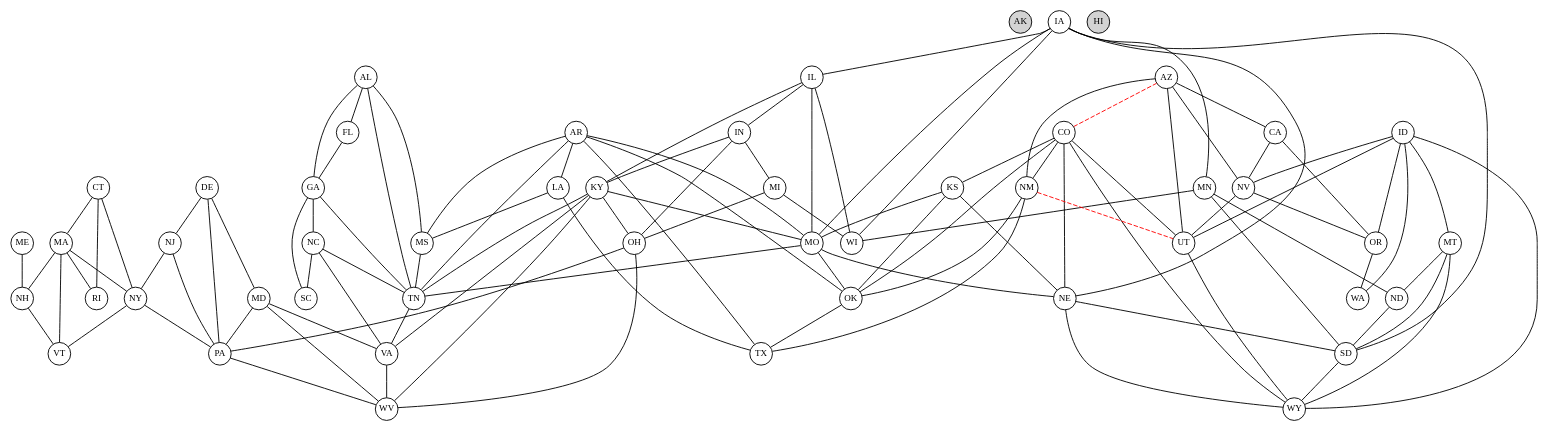
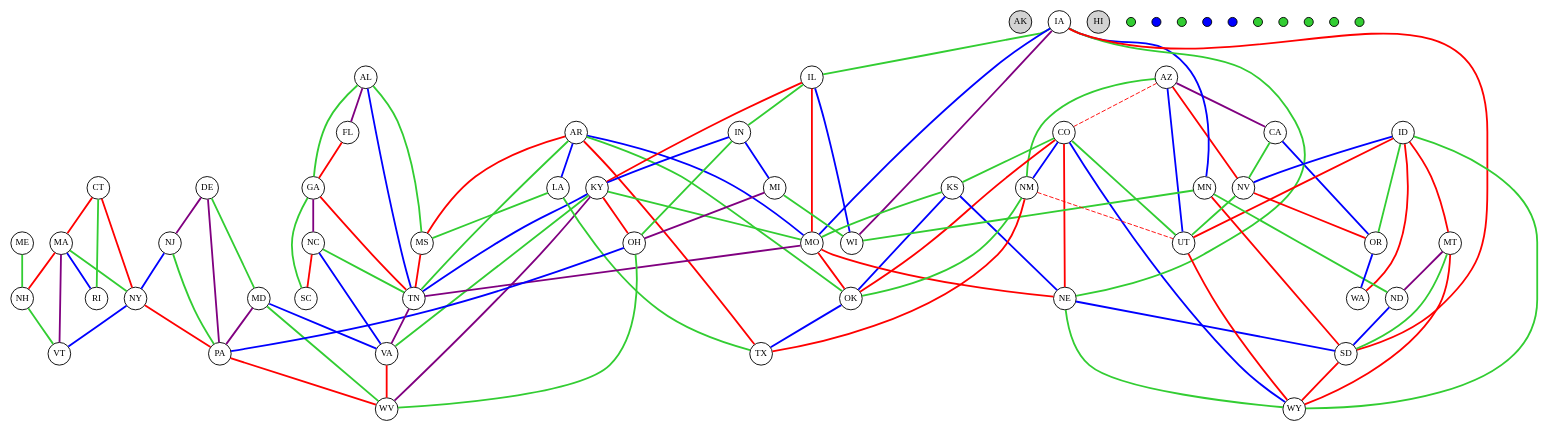
The diagram in states_planned.dot (jaycoskey/DataVisualization), drawn with Graphviz before and after one commit. The commit also changed 9 other files, not shown here.

```diff
--- a/states_planned.dot
+++ b/states_planned.dot
@@ -1,166 +1,178 @@
 strict graph States {
     node [fixedsize=true fontsize=10 height=0.35 width=0.35]
     overlap=false
     penwidth=7
 
     AK [pos="0.0,50.0" style=filled fillcolor=lightgray]
     AL [pos="350.0,50.0"]
     AR [pos="250.0,100.0"]
     AZ [pos="100.0,100.0"]
     CA [pos="0.0,150.0"]
     CO [pos="150.0,150.0"]
     CT [pos="500.0,250.0"]
     DE [pos="550.0,200.0"]
     FL [pos="450.0,0.0"]
     GA [pos="400.0,50.0"]
     HI [pos="100.0,50.0" style=filled fillcolor=lightgray]
     IA [pos="250.0,200.0"]
     ID [pos="50.0,200.0"]
     IL [pos="300.0,200.0"]
     IN [pos="350.0,200.0"]
     KS [pos="200.0,150.0"]
     KY [pos="350.0,150.0"]
     LA [pos="250.0,50.0"]
     MA [pos="550.0,300.0"]
     MD [pos="500.0,200.0"]
     ME [pos="550.0,350.0"]
     MI [pos="350.0,300.0"]
     MN [pos="250.0,300.0"]
     MO [pos="250.0,150.0"]
     MS [pos="300.0,50.0"]
     MT [pos="100.0,250.0"]
     NC [pos="500.0,100.0"]
     ND [pos="200.0,300.0"]
     NE [pos="200.0,200.0"]
     NH [pos="500.0,350.0"]
     NJ [pos="450.0,250.0"]
     NM [pos="150.0,100.0"]
     NV [pos="50.0,150.0"]
     NY [pos="450.0,300.0"]
     OH [pos="400.0,200.0"]
     OK [pos="200.0,100.0"]
     OR [pos="0.0,200.0"]
     PA [pos="400.0,250.0"]
     RI [pos="550.0,250.0"]
     SC [pos="450.0,50.0"]
     SD [pos="200.0,250.0"]
     TN [pos="350.0,100.0"]
     TX [pos="200.0,50.0"]
     UT [pos="100.0,150.0"]
     VA [pos="500.0,150.0"]
     VT [pos="450.0,350.0"]
     WA [pos="0.0,250.0"]
     WI [pos="300.0,300.0"]
     WV [pos="450.0,200.0"]
     WY [pos="150.0,200.0"]
 
-    AL -- FL
-    AL -- GA
-    AL -- MS
-    AL -- TN
-    AR -- LA
-    AR -- MO
-    AR -- MS
-    AR -- OK
-    AR -- TN
-    AR -- TX
-    AZ -- CA
-    AZ -- NM
-    AZ -- NV
-    AZ -- UT
-    CA -- NV
-    CA -- OR
-    CO -- KS
-    CO -- NE
-    CO -- NM
-    CO -- OK
-    CO -- UT
-    CO -- WY
-    CT -- MA
-    CT -- NY
-    CT -- RI
-    DE -- MD
-    DE -- NJ
-    DE -- PA
-    FL -- GA
-    GA -- NC
-    GA -- SC
-    GA -- TN
-    IA -- IL
-    IA -- MN
-    IA -- MO
-    IA -- NE
-    IA -- SD
-    IA -- WI
-    ID -- MT
-    ID -- NV
-    ID -- OR
-    ID -- UT
-    ID -- WA
-    ID -- WY
-    IL -- IN
-    IL -- KY
-    IL -- MO
-    IL -- WI
-    IN -- KY
-    IN -- MI
-    IN -- OH
-    KS -- MO
-    KS -- NE
-    KS -- OK
-    KY -- MO
-    KY -- OH
-    KY -- TN
-    KY -- VA
-    KY -- WV
-    LA -- MS
-    LA -- TX
-    MA -- NH
-    MA -- NY
-    MA -- RI
-    MA -- VT
-    MD -- PA
-    MD -- VA
-    MD -- WV
-    ME -- NH
-    MI -- OH
-    MI -- WI
-    MN -- ND
-    MN -- SD
-    MN -- WI
-    MO -- NE
-    MO -- OK
-    MO -- TN
-    MS -- TN
-    MT -- ND
-    MT -- SD
-    MT -- WY
-    NC -- SC
-    NC -- TN
-    NC -- VA
-    ND -- SD
-    NE -- SD
-    NE -- WY
-    NH -- VT
-    NJ -- NY
-    NJ -- PA
-    NM -- OK
-    NM -- TX
-    NV -- OR
-    NV -- UT
-    NY -- PA
-    NY -- VT
-    OH -- PA
-    OH -- WV
-    OK -- TX
-    OR -- WA
-    PA -- WV
-    SD -- WY
-    TN -- VA
-    UT -- WY
-    VA -- WV
+    AL -- FL [style=bold color=purple]
+    AL -- GA [style=bold color=limegreen]
+    AL -- MS [style=bold color=limegreen]
+    AL -- TN [style=bold color=blue]
+    AR -- LA [style=bold color=blue]
+    AR -- MO [style=bold color=blue]
+    AR -- MS [style=bold color=red]
+    AR -- OK [style=bold color=limegreen]
+    AR -- TN [style=bold color=limegreen]
+        ARTN [pos="300,100" style=filled fillcolor=limegreen height=0.13999999999999999 width=0.13999999999999999 label=""]
+    AR -- TX [style=bold color=red]
+    AZ -- CA [style=bold color=purple]
+    AZ -- NM [style=bold color=limegreen]
+    AZ -- NV [style=bold color=red]
+    AZ -- UT [style=bold color=blue]
+    CA -- NV [style=bold color=limegreen]
+    CA -- OR [style=bold color=blue]
+    CO -- KS [style=bold color=limegreen]
+    CO -- NE [style=bold color=red]
+    CO -- NM [style=bold color=blue]
+    CO -- OK [style=bold color=red]
+    CO -- UT [style=bold color=limegreen]
+    CO -- WY [style=bold color=blue]
+    CT -- MA [style=bold color=red]
+    CT -- NY [style=bold color=red]
+    CT -- RI [style=bold color=limegreen]
+    DE -- MD [style=bold color=limegreen]
+    DE -- NJ [style=bold color=purple]
+    DE -- PA [style=bold color=purple]
+    FL -- GA [style=bold color=red]
+    GA -- NC [style=bold color=purple]
+    GA -- SC [style=bold color=limegreen]
+    GA -- TN [style=bold color=red]
+    IA -- IL [style=bold color=limegreen]
+    IA -- MN [style=bold color=blue]
+        IAMN [pos="250,250" style=filled fillcolor=blue height=0.13999999999999999 width=0.13999999999999999 label=""]
+    IA -- MO [style=bold color=blue]
+    IA -- NE [style=bold color=limegreen]
+    IA -- SD [style=bold color=red]
+    IA -- WI [style=bold color=purple]
+    ID -- MT [style=bold color=red]
+    ID -- NV [style=bold color=blue]
+    ID -- OR [style=bold color=limegreen]
+    ID -- UT [style=bold color=red]
+    ID -- WA [style=bold color=red]
+    ID -- WY [style=bold color=limegreen]
+        IDWY [pos="100,200" style=filled fillcolor=limegreen height=0.13999999999999999 width=0.13999999999999999 label=""]
+    IL -- IN [style=bold color=limegreen]
+    IL -- KY [style=bold color=red]
+    IL -- MO [style=bold color=red]
+    IL -- WI [style=bold color=blue]
+        ILWI [pos="300,250" style=filled fillcolor=blue height=0.13999999999999999 width=0.13999999999999999 label=""]
+    IN -- KY [style=bold color=blue]
+    IN -- MI [style=bold color=blue]
+        INMI [pos="350,250" style=filled fillcolor=blue height=0.13999999999999999 width=0.13999999999999999 label=""]
+    IN -- OH [style=bold color=limegreen]
+    KS -- MO [style=bold color=limegreen]
+    KS -- NE [style=bold color=blue]
+    KS -- OK [style=bold color=blue]
+    KY -- MO [style=bold color=limegreen]
+        KYMO [pos="300,150" style=filled fillcolor=limegreen height=0.13999999999999999 width=0.13999999999999999 label=""]
+    KY -- OH [style=bold color=red]
+    KY -- TN [style=bold color=blue]
+    KY -- VA [style=bold color=limegreen]
+        KYVA [pos="400,150" style=filled fillcolor=limegreen height=0.13999999999999999 width=0.13999999999999999 label=""]
+        KYVA [pos="450,150" style=filled fillcolor=limegreen height=0.13999999999999999 width=0.13999999999999999 label=""]
+    KY -- WV [style=bold color=purple]
+    LA -- MS [style=bold color=limegreen]
+    LA -- TX [style=bold color=limegreen]
+    MA -- NH [style=bold color=red]
+    MA -- NY [style=bold color=limegreen]
+        MANY [pos="500,300" style=filled fillcolor=limegreen height=0.13999999999999999 width=0.13999999999999999 label=""]
+    MA -- RI [style=bold color=blue]
+    MA -- VT [style=bold color=purple]
+    MD -- PA [style=bold color=purple]
+    MD -- VA [style=bold color=blue]
+    MD -- WV [style=bold color=limegreen]
+    ME -- NH [style=bold color=limegreen]
+    MI -- OH [style=bold color=purple]
+    MI -- WI [style=bold color=limegreen]
+    MN -- ND [style=bold color=limegreen]
+    MN -- SD [style=bold color=red]
+    MN -- WI [style=bold color=limegreen]
+    MO -- NE [style=bold color=red]
+    MO -- OK [style=bold color=red]
+    MO -- TN [style=bold color=purple]
+    MS -- TN [style=bold color=red]
+    MT -- ND [style=bold color=purple]
+    MT -- SD [style=bold color=limegreen]
+        MTSD [pos="150,250" style=filled fillcolor=limegreen height=0.13999999999999999 width=0.13999999999999999 label=""]
+    MT -- WY [style=bold color=red]
+    NC -- SC [style=bold color=red]
+    NC -- TN [style=bold color=limegreen]
+        NCTN [pos="400,100" style=filled fillcolor=limegreen height=0.13999999999999999 width=0.13999999999999999 label=""]
+        NCTN [pos="450,100" style=filled fillcolor=limegreen height=0.13999999999999999 width=0.13999999999999999 label=""]
+    NC -- VA [style=bold color=blue]
+    ND -- SD [style=bold color=blue]
+    NE -- SD [style=bold color=blue]
+    NE -- WY [style=bold color=limegreen]
+    NH -- VT [style=bold color=limegreen]
+    NJ -- NY [style=bold color=blue]
+    NJ -- PA [style=bold color=limegreen]
+    NM -- OK [style=bold color=limegreen]
+    NM -- TX [style=bold color=red]
+    NV -- OR [style=bold color=red]
+    NV -- UT [style=bold color=limegreen]
+    NY -- PA [style=bold color=red]
+    NY -- VT [style=bold color=blue]
+    OH -- PA [style=bold color=blue]
+    OH -- WV [style=bold color=limegreen]
+    OK -- TX [style=bold color=blue]
+    OR -- WA [style=bold color=blue]
+    PA -- WV [style=bold color=red]
+    SD -- WY [style=bold color=red]
+    TN -- VA [style=bold color=purple]
+    UT -- WY [style=bold color=red]
+    VA -- WV [style=bold color=red]
 
 
     AZ -- CO [color=red style=dashed]
     NM -- UT [color=red style=dashed]
 }
```
